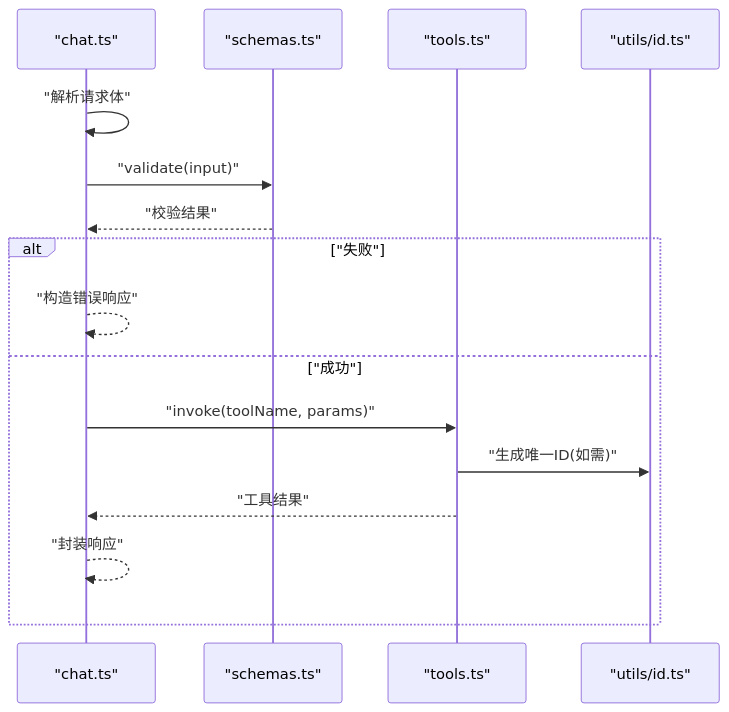
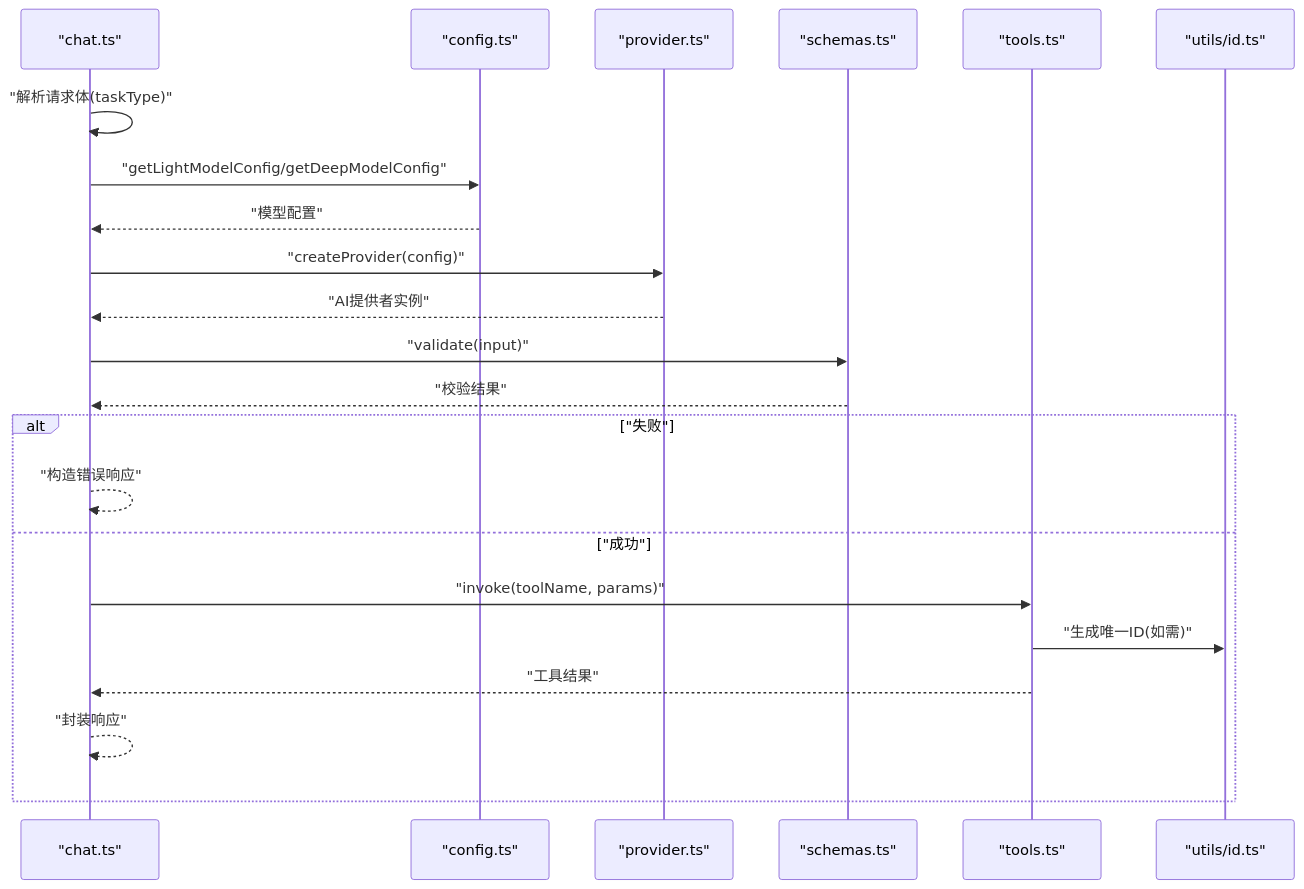
The fifth of 8 diagrams in .qoder/repowiki/zh/content/AI集成模块/工具集成.md (aHin0805/FH6CarSettingAgent), drawn with Mermaid before and after one commit. The commit also changed other lines of this file and 59 other files, not shown here.

````diff
--- a/.qoder/repowiki/zh/content/AI集成模块/工具集成.md
+++ b/.qoder/repowiki/zh/content/AI集成模块/工具集成.md
@@ -208,18 +242,24 @@
 ```mermaid
 sequenceDiagram
 participant R as "chat.ts"
+participant C as "config.ts"
+participant P as "provider.ts"
 participant S as "schemas.ts"
 participant T as "tools.ts"
 participant U as "utils/id.ts"
-R->>R : "解析请求体"
+R->>R : "解析请求体(taskType)"
+R->>C : "getLightModelConfig/getDeepModelConfig"
+C-->>R : "模型配置"
+R->>P : "createProvider(config)"
+P-->>R : "AI提供者实例"
 R->>S : "validate(input)"
 S-->>R : "校验结果"
 alt "失败"
 R-->>R : "构造错误响应"
 else "成功"
 R->>T : "invoke(toolName, params)"
 T->>U : "生成唯一ID(如需)"
 T-->>R : "工具结果"
 R-->>R : "封装响应"
 end
 ```
````
